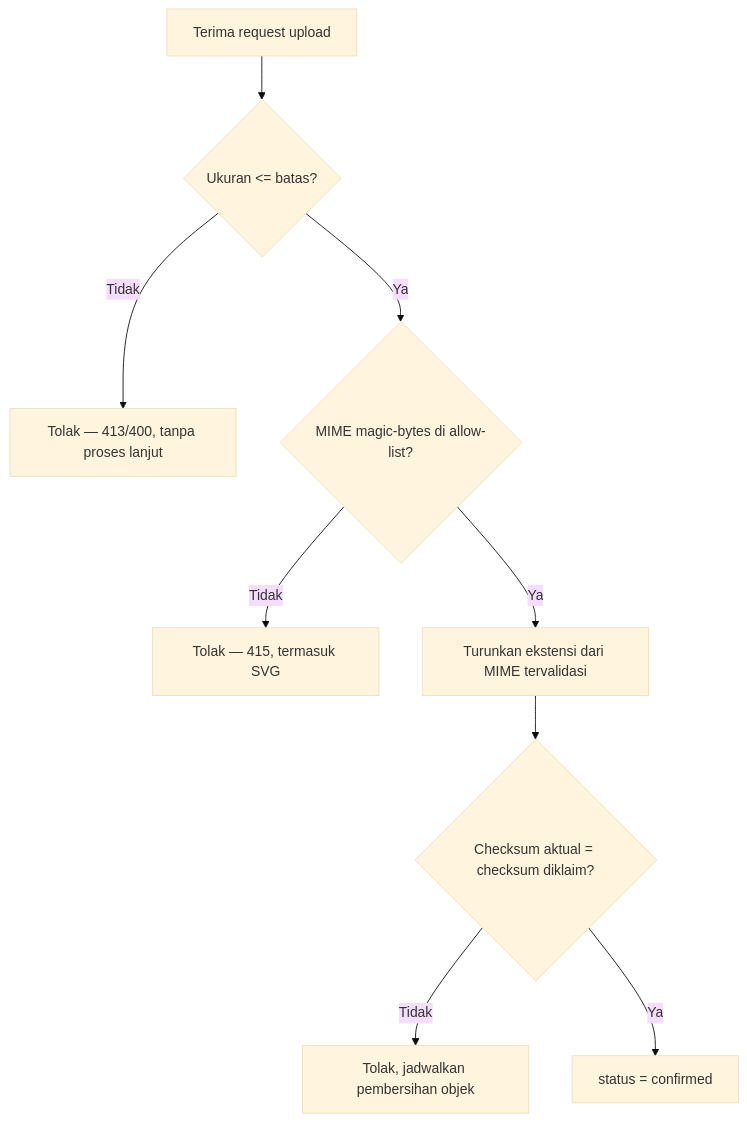
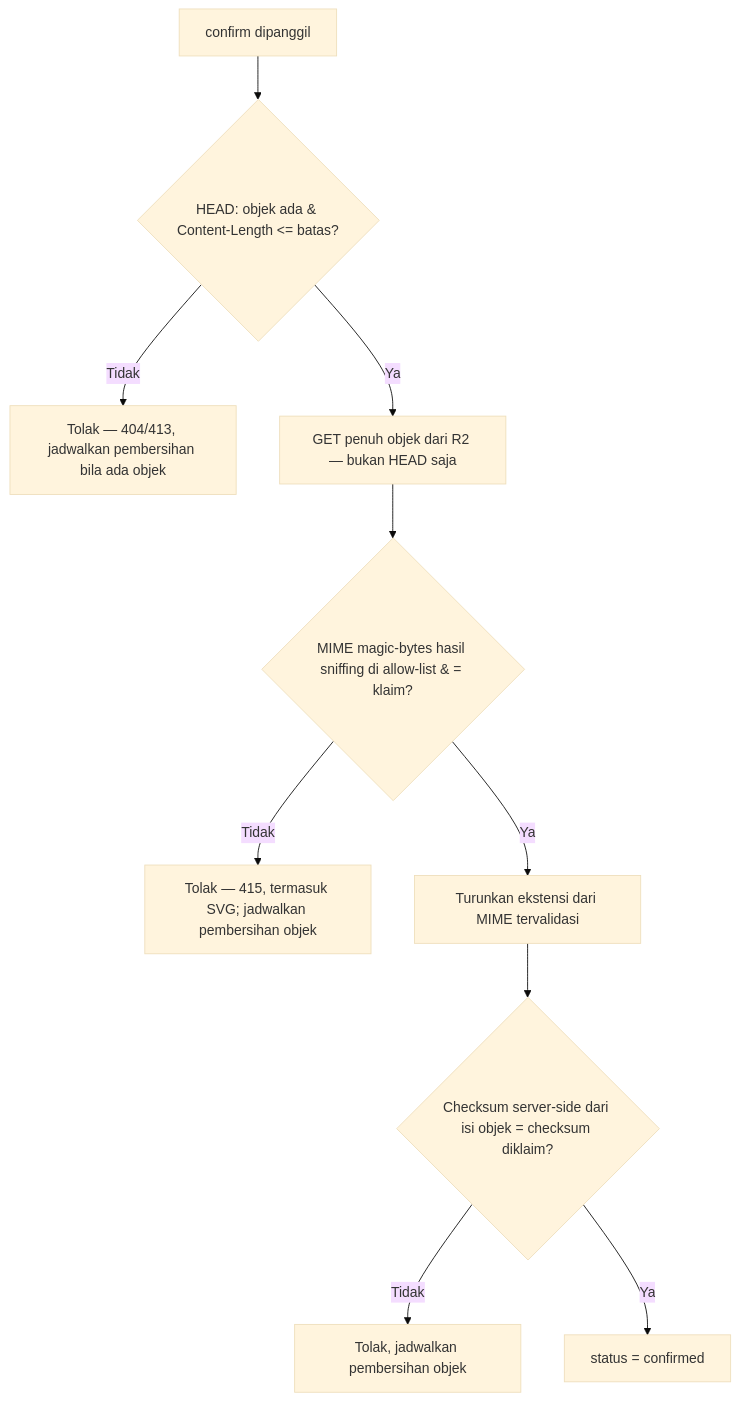
Before and after one commit to ahliweb/awcms-mini: the diagram in docs/awcms-mini/news-portal/r2-upload-sop.md, drawn with Mermaid (base theme). The commit also changed other lines of this file and 4 other files, not shown here.

````diff
--- a/docs/awcms-mini/news-portal/r2-upload-sop.md
+++ b/docs/awcms-mini/news-portal/r2-upload-sop.md
@@ -103,11 +125,12 @@
 ```mermaid
 flowchart TD
-  A[Terima request upload] --> B{Ukuran <= batas?}
-  B -- Tidak --> R1[Tolak — 413/400, tanpa proses lanjut]
-  B -- Ya --> C{MIME magic-bytes di allow-list?}
-  C -- Tidak --> R2[Tolak — 415, termasuk SVG]
+  A[confirm dipanggil] --> H{HEAD: objek ada & Content-Length <= batas?}
+  H -- Tidak --> R1[Tolak — 404/413, jadwalkan pembersihan bila ada objek]
+  H -- Ya --> G[GET penuh objek dari R2 — bukan HEAD saja]
+  G --> C{MIME magic-bytes hasil sniffing di allow-list & = klaim?}
+  C -- Tidak --> R2[Tolak — 415, termasuk SVG; jadwalkan pembersihan objek]
   C -- Ya --> D[Turunkan ekstensi dari MIME tervalidasi]
-  D --> E{Checksum aktual = checksum diklaim?}
+  D --> E{Checksum server-side dari isi objek = checksum diklaim?}
   E -- Tidak --> R3[Tolak, jadwalkan pembersihan objek]
   E -- Ya --> F[status = confirmed]
 ```
````
